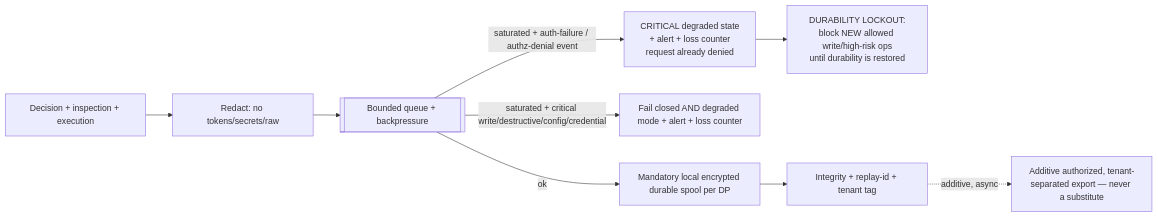
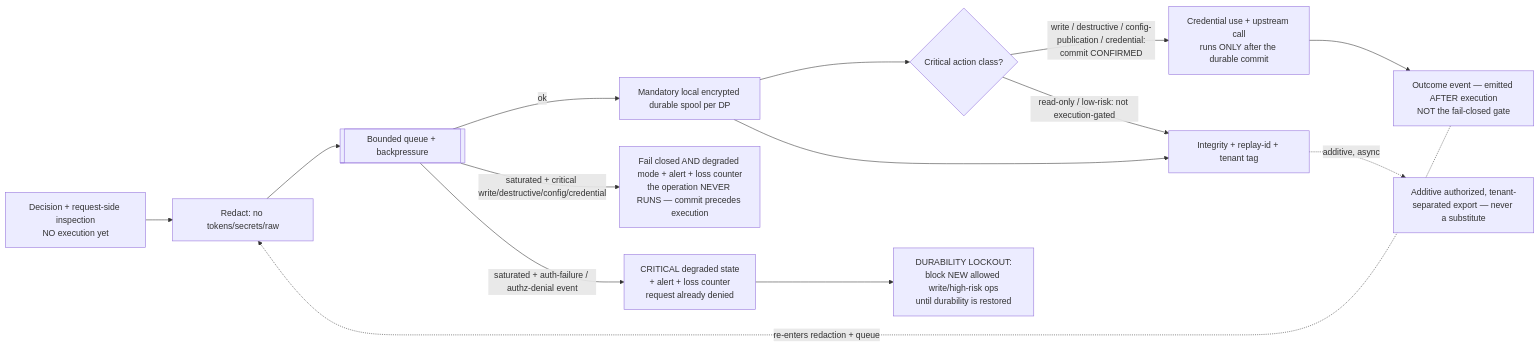
The ninth of 15 diagrams in docs/design/mcp/DATA-FLOW-DIAGRAMS.md (KidCarmi/Culvert), drawn with Mermaid before and after one commit. The commit also changed other lines of this file and 7 other files, not shown here.

First line of the commit message:
docs(mcp): commit critical decision events before execution, not after

````diff
--- a/docs/design/mcp/DATA-FLOW-DIAGRAMS.md
+++ b/docs/design/mcp/DATA-FLOW-DIAGRAMS.md
@@ -162,11 +162,16 @@
 ```mermaid
 flowchart LR
-  DEC[Decision + inspection + execution] --> RDX[Redact: no tokens/secrets/raw]
+  DEC["Decision + request-side inspection<br/>NO execution yet"] --> RDX[Redact: no tokens/secrets/raw]
   RDX --> Q[[Bounded queue + backpressure]]
   Q -->|ok| SPOOL[Mandatory local encrypted durable spool per DP]
-  Q -->|saturated + critical write/destructive/config/credential| FC[Fail closed AND degraded mode + alert + loss counter]
+  SPOOL --> GATE{Critical action class?}
+  GATE -->|"write / destructive / config-publication / credential:<br/>commit CONFIRMED"| EXEC["Credential use + upstream call<br/>runs ONLY after the durable commit"]
+  GATE -->|"read-only / low-risk: not execution-gated"| INT
+  EXEC --> OUT["Outcome event — emitted AFTER execution<br/>NOT the fail-closed gate"]
+  OUT -.re-enters redaction + queue.-> RDX
+  Q -->|"saturated + critical write/destructive/config/credential"| FC["Fail closed AND degraded mode + alert + loss counter<br/>the operation NEVER RUNS — commit precedes execution"]
   Q -->|saturated + auth-failure / authz-denial event| CDEG["CRITICAL degraded state\n+ alert + loss counter\nrequest already denied"]
   CDEG --> LOCK["DURABILITY LOCKOUT:\nblock NEW allowed write/high-risk ops\nuntil durability is restored"]
   SPOOL --> INT[Integrity + replay-id + tenant tag]
   INT -. additive, async .-> EXP[Additive authorized, tenant-separated export — never a substitute]
 ```
````
